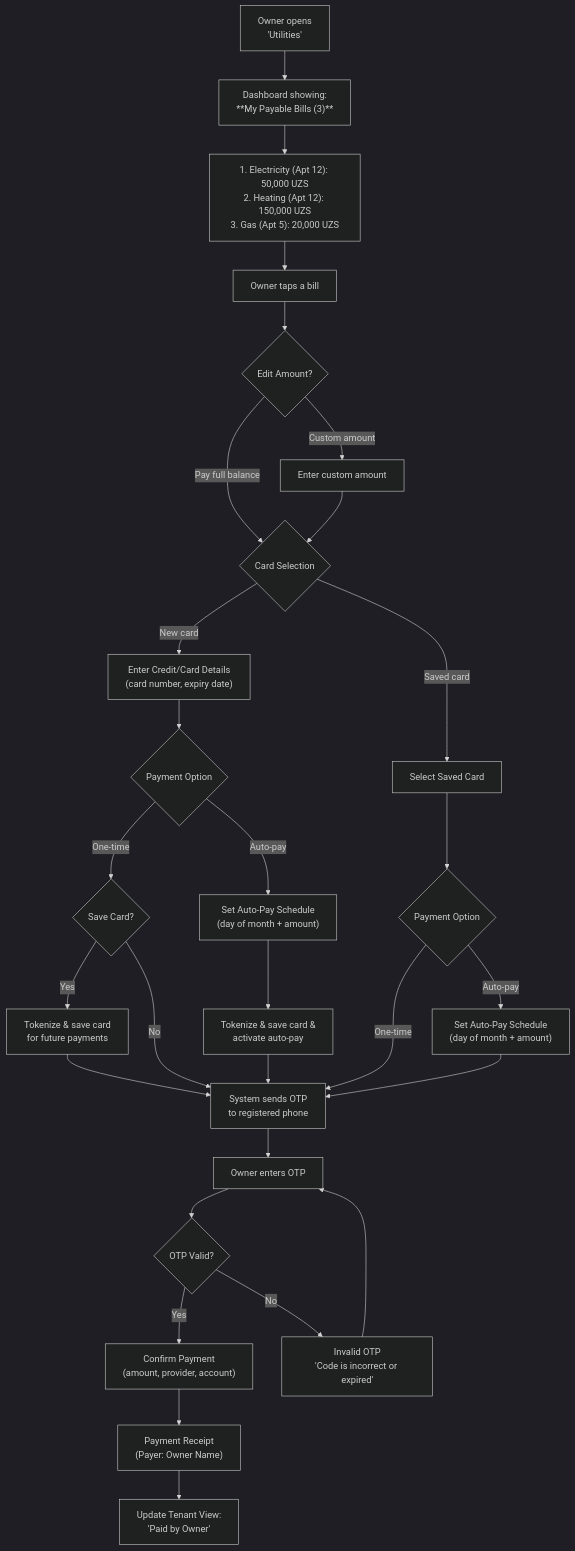
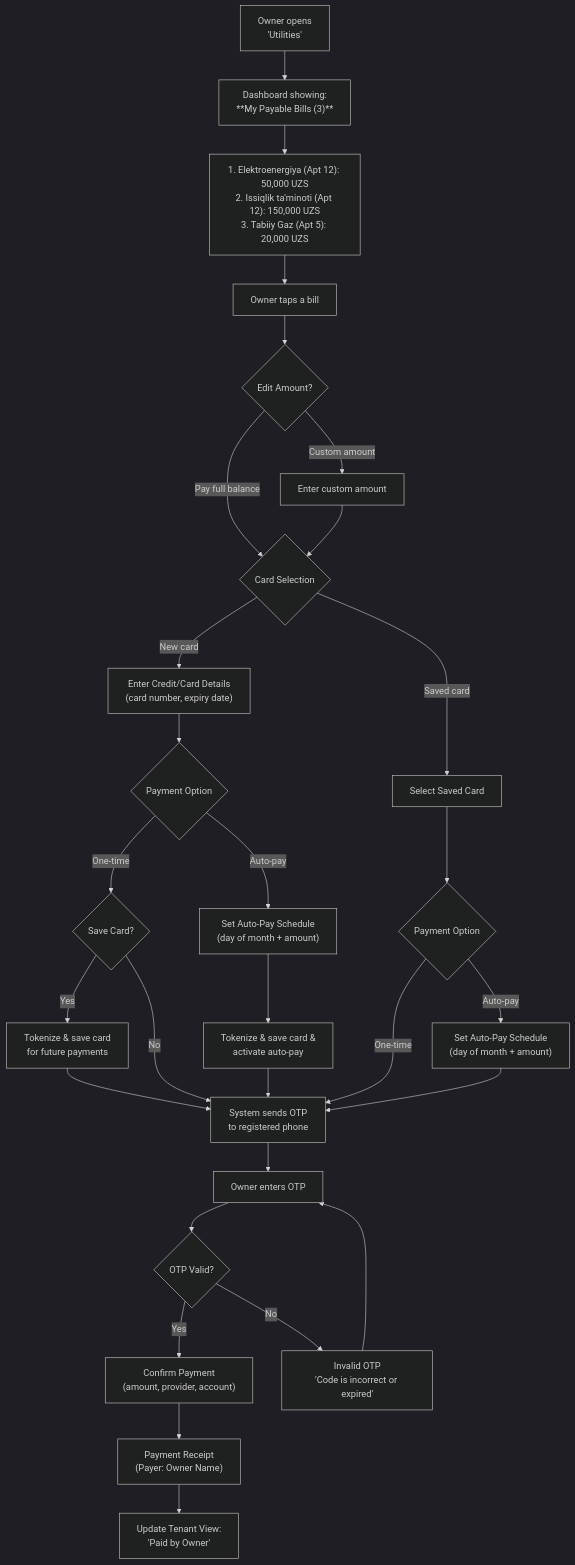
Before and after one commit to saodatm-dev/Utilities---Informational-Architecture: diagram 11 of 11 in Utilities - Business Owner.md, drawn with Mermaid (dark theme). The commit also changed other lines of this file and 1 other file, not shown here.

Commit message:
refactor: Localize utility names to Uzbek, consolidate feature tiers, remove payment service integration, and refine payment flow details.

````diff
--- a/Utilities - Business Owner.md
+++ b/Utilities - Business Owner.md
@@ -322,37 +318,37 @@
 ```mermaid
 flowchart TD
     OPEN["Owner opens<br/>'Utilities'"] --> DASH["Dashboard showing:<br/>**My Payable Bills (3)**"]
 
-    DASH --> LIST["1. Electricity (Apt 12): 50,000 UZS<br/>2. Heating (Apt 12): 150,000 UZS<br/>3. Gas (Apt 5): 20,000 UZS"]
+    DASH --> LIST["1. Elektroenergiya (Apt 12): 50,000 UZS<br/>2. Issiqlik ta'minoti (Apt 12): 150,000 UZS<br/>3. Tabiiy Gaz (Apt 5): 20,000 UZS"]
 
     LIST --> SELECT["Owner taps a bill"]
 
     SELECT --> EDIT_AMT{"Edit Amount?"}
     EDIT_AMT -->|"Pay full balance"| CARD_CHOICE{"Card Selection"}
     EDIT_AMT -->|"Custom amount"| CUSTOM_AMT["Enter custom amount"] --> CARD_CHOICE
 
     CARD_CHOICE -->|"New card"| NEW_CARD["Enter Credit/Card Details<br/>(card number, expiry date)"]
     CARD_CHOICE -->|"Saved card"| SAVED_CARD["Select Saved Card"]
 
     NEW_CARD --> PAY_OPTS_NEW{"Payment Option"}
     PAY_OPTS_NEW -->|"One-time"| SAVE_CARD{"Save Card?"}
     SAVE_CARD -->|"Yes"| TOKENIZE["Tokenize & save card<br/>for future payments"] --> SEND_OTP
     SAVE_CARD -->|"No"| SEND_OTP
     PAY_OPTS_NEW -->|"Auto-pay"| SCHEDULE_NEW["Set Auto-Pay Schedule<br/>(day of month + amount)"]
     SCHEDULE_NEW --> AUTO_SAVE["Tokenize & save card &<br/>activate auto-pay"] --> SEND_OTP
 
     SAVED_CARD --> PAY_OPTS_SAVED{"Payment Option"}
     PAY_OPTS_SAVED -->|"One-time"| SEND_OTP
     PAY_OPTS_SAVED -->|"Auto-pay"| SCHEDULE_SAVED["Set Auto-Pay Schedule<br/>(day of month + amount)"] --> SEND_OTP
 
     SEND_OTP["System sends OTP<br/>to registered phone"]
     SEND_OTP --> ENTER_OTP["Owner enters OTP"]
     ENTER_OTP --> OTP_CHECK{"OTP Valid?"}
 
     OTP_CHECK -->|"Yes"| CONFIRM["Confirm Payment<br/>(amount, provider, account)"]
     OTP_CHECK -->|"No"| OTP_ERROR["Invalid OTP<br/>'Code is incorrect or expired'"]
     OTP_ERROR --> ENTER_OTP
 
     CONFIRM --> RECEIPT["Payment Receipt<br/>(Payer: Owner Name)"]
     RECEIPT --> UPDATE["Update Tenant View:<br/>'Paid by Owner'"]
 ```
````
